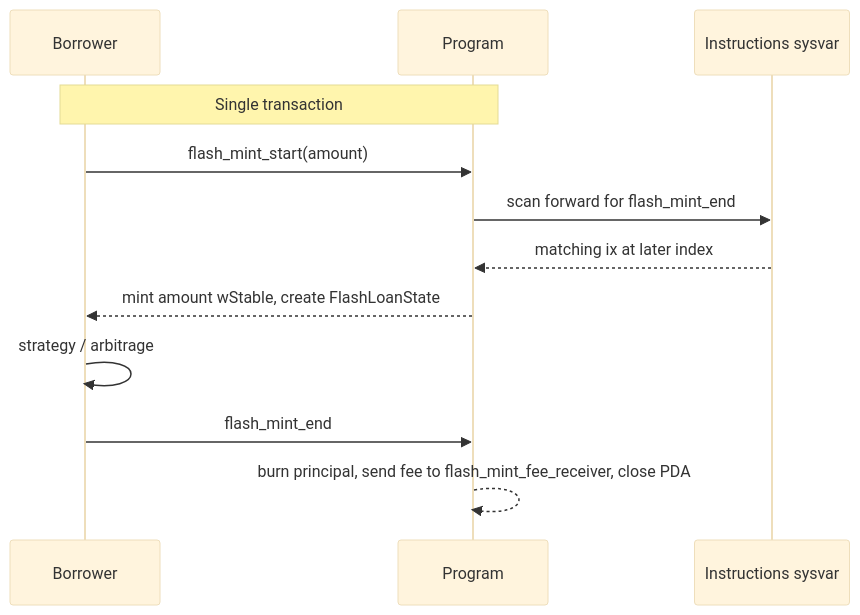
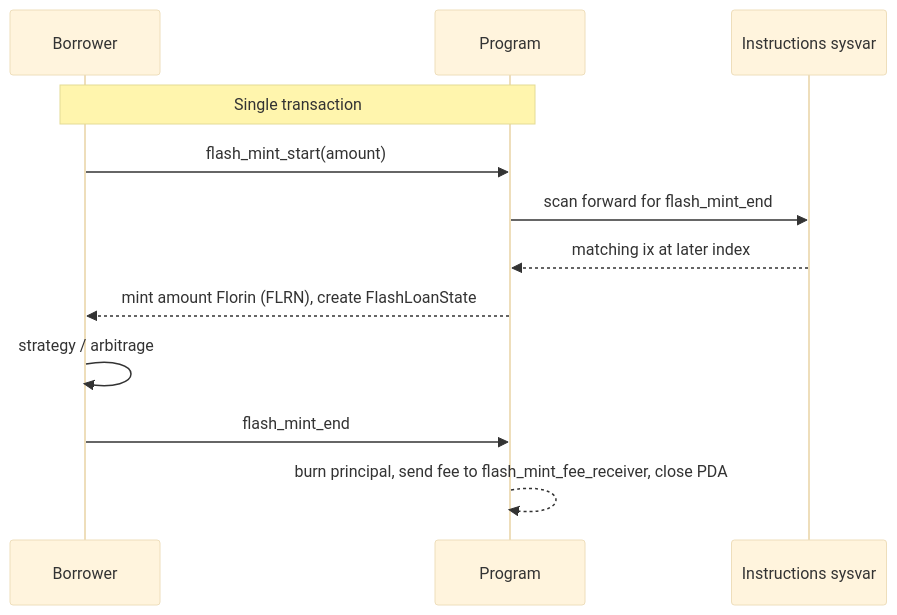
Before and after one commit to eregion-labs/wrap-stablecoin: the diagram in wiki/Flash-mint.md, drawn with Mermaid (base theme). The commit also changed other lines of this file and 68 other files, not shown here.

````diff
--- a/wiki/Flash-mint.md
+++ b/wiki/Flash-mint.md
@@ -18,14 +18,14 @@
 ```mermaid
 sequenceDiagram
     participant B as Borrower
     participant P as Program
     participant Sysvar as Instructions sysvar
     Note over B,P: Single transaction
     B->>P: flash_mint_start(amount)
     P->>Sysvar: scan forward for flash_mint_end
     Sysvar-->>P: matching ix at later index
-    P-->>B: mint amount wStable, create FlashLoanState
+    P-->>B: mint amount Florin (FLRN), create FlashLoanState
     B->>B: strategy / arbitrage
     B->>P: flash_mint_end
     P-->>P: burn principal, send fee to flash_mint_fee_receiver, close PDA
 ```
````
